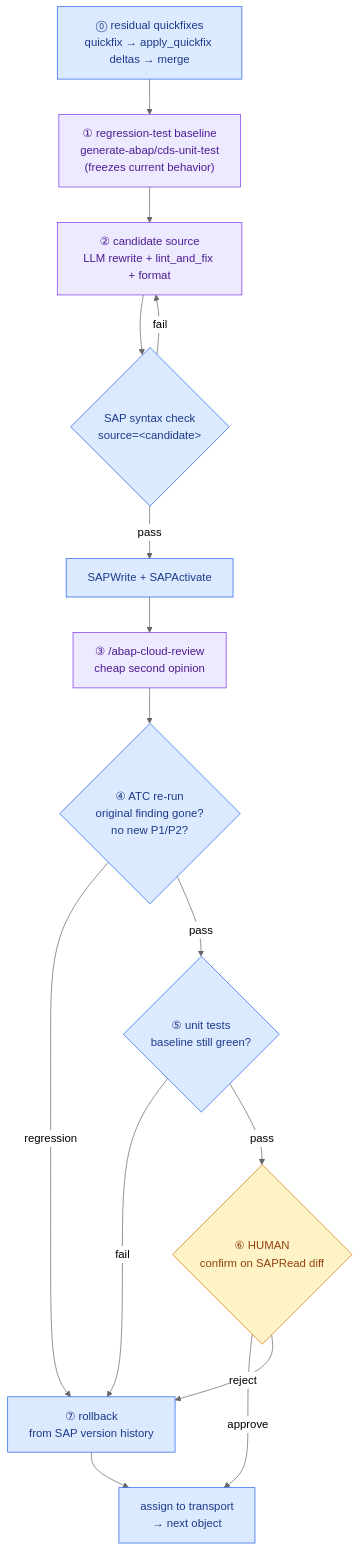
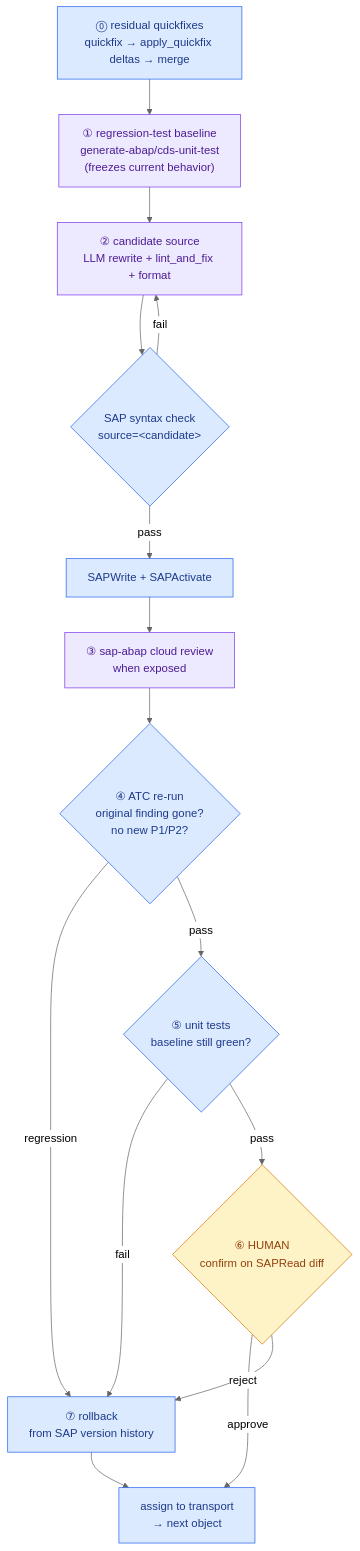
The second of 2 diagrams in skills/sap-erp-clean-core-refactor/WORKFLOW.md (Raistlin82/arc-1-fork), drawn with Mermaid (neutral theme) before and after one commit. The commit also changed other lines of this file and 13 other files, not shown here.

````diff
--- a/skills/sap-erp-clean-core-refactor/WORKFLOW.md
+++ b/skills/sap-erp-clean-core-refactor/WORKFLOW.md
@@ -72,21 +72,21 @@
 ```mermaid
 flowchart TD
     Q0["⓪ residual quickfixes<br/>quickfix → apply_quickfix deltas → merge"]:::det --> T1["① regression-test baseline<br/>generate-abap/cds-unit-test<br/>(freezes current behavior)"]:::gen
     T1 --> C2["② candidate source<br/>LLM rewrite + lint_and_fix + format"]:::gen
     C2 --> SC{"SAP syntax check<br/>source=&lt;candidate&gt;"}:::det
     SC -->|fail| C2
     SC -->|pass| W2["SAPWrite + SAPActivate"]:::det
-    W2 --> R3["③ /abap-cloud-review<br/>cheap second opinion"]:::gen
+    W2 --> R3["③ sap-abap cloud review<br/>when exposed"]:::gen
     R3 --> A4{"④ ATC re-run<br/>original finding gone?<br/>no new P1/P2?"}:::det
     A4 -->|regression| RB["⑦ rollback<br/>from SAP version history"]:::det
     A4 -->|pass| U5{"⑤ unit tests<br/>baseline still green?"}:::det
     U5 -->|fail| RB
     U5 -->|pass| H6{"⑥ HUMAN<br/>confirm on SAPRead diff"}:::hum
     H6 -->|approve| NEXT["assign to transport<br/>→ next object"]:::det
     H6 -->|reject| RB
     RB --> NEXT
 
     classDef det fill:#dbeafe,stroke:#2563eb,color:#1e3a8a
     classDef gen fill:#ede9fe,stroke:#7c3aed,color:#4c1d95
     classDef hum fill:#fef3c7,stroke:#d97706,color:#92400e
 ```
````
